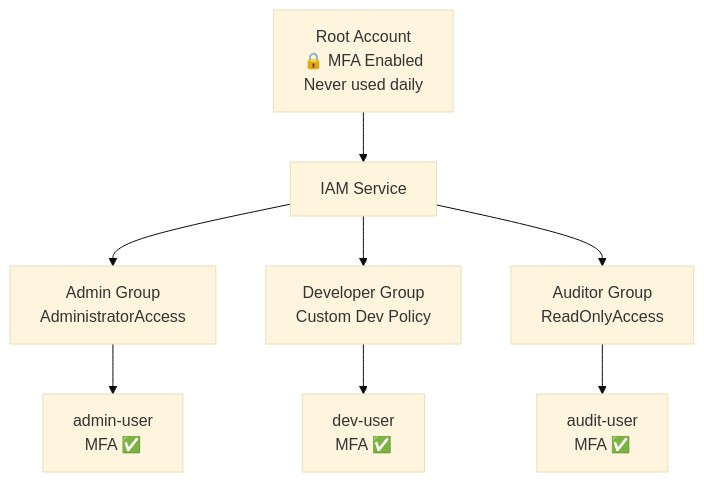
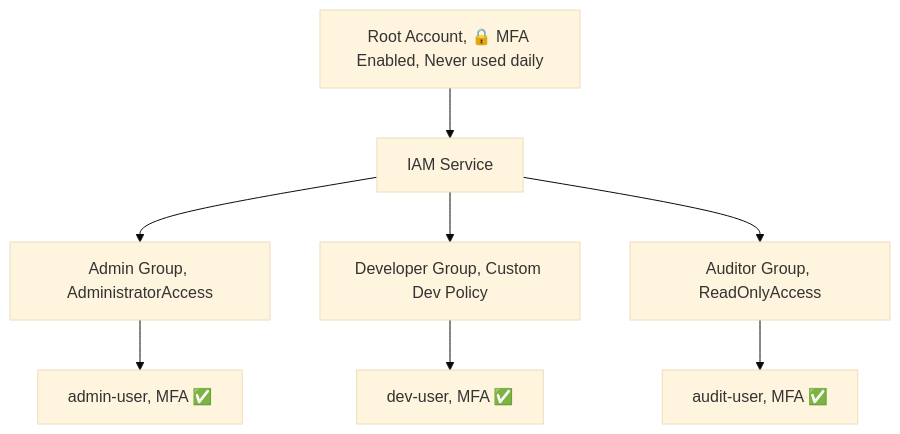
One commit to DeeptiShuklaProject/Uday_AWS changed the fourth of 5 diagrams in Chapter_01_AWS_IAM.md. Above: the diagram before and after it, drawn with Mermaid (base theme). The commit also changed other lines of this file and 34 other files, not shown here.

Commit message:
Fix mermaid diagrams syntax across all chapters (quote labels and remove HTML)

````diff
--- a/Chapter_01_AWS_IAM.md
+++ b/Chapter_01_AWS_IAM.md
@@ -1139,12 +1139,12 @@
 ```mermaid
 flowchart TD
-    Root[Root Account<br>🔒 MFA Enabled<br>Never used daily] --> IAM[IAM Service]
+    Root["Root Account, 🔒 MFA Enabled, Never used daily"] --> IAM[IAM Service]
     
-    IAM --> AdminGroup[Admin Group<br>AdministratorAccess]
-    IAM --> DevGroup[Developer Group<br>Custom Dev Policy]
-    IAM --> AuditGroup[Auditor Group<br>ReadOnlyAccess]
+    IAM --> AdminGroup["Admin Group, AdministratorAccess"]
+    IAM --> DevGroup["Developer Group, Custom Dev Policy"]
+    IAM --> AuditGroup["Auditor Group, ReadOnlyAccess"]
     
-    AdminGroup --> AdminUser[admin-user<br>MFA ✅]
-    DevGroup --> DevUser[dev-user<br>MFA ✅]
-    AuditGroup --> AuditUser[audit-user<br>MFA ✅]
+    AdminGroup --> AdminUser["admin-user, MFA ✅"]
+    DevGroup --> DevUser["dev-user, MFA ✅"]
+    AuditGroup --> AuditUser["audit-user, MFA ✅"]
 ```
````
